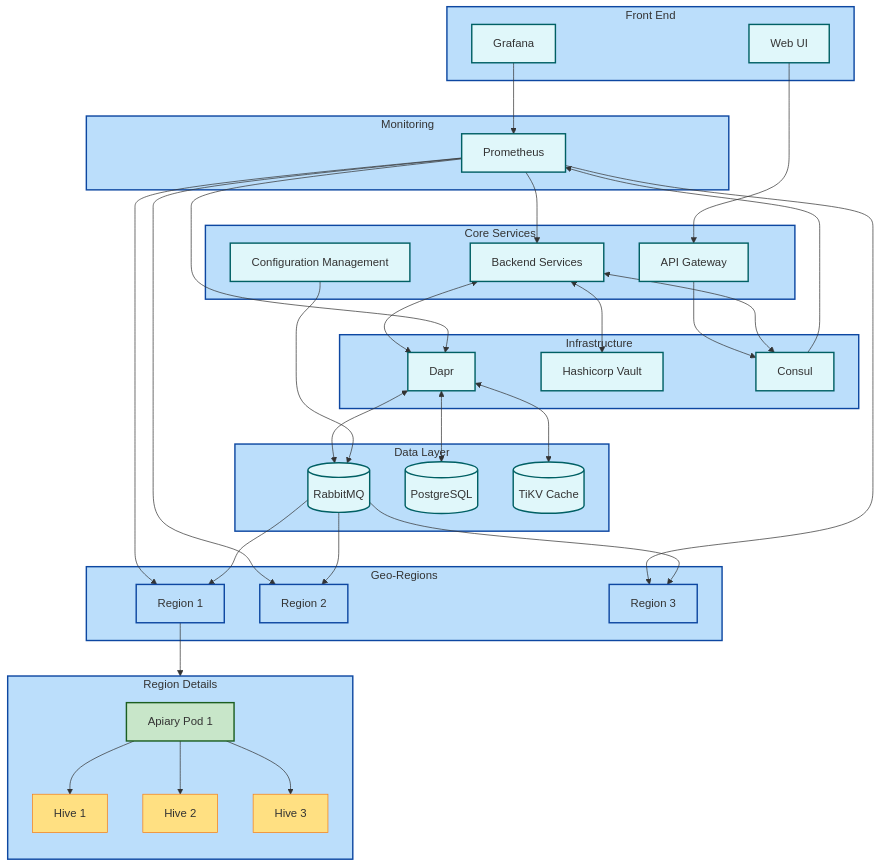
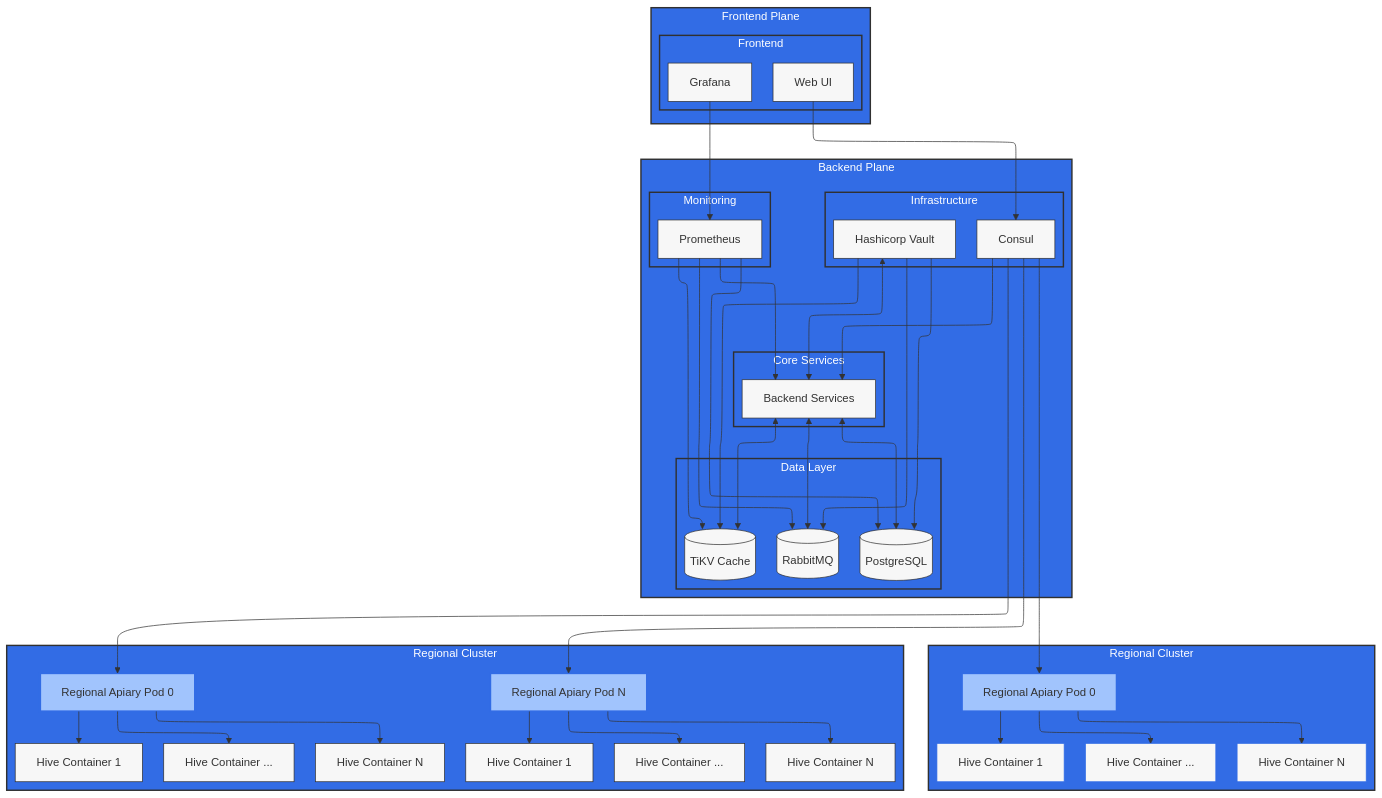
Before and after one commit to OrientalLines/BeesBiz: the diagram in README.md, drawn with Mermaid. The commit also changed other lines of this file and 2 other files, not shown here.

Commit message:
chore: Update info here and there

````diff
--- a/README.md
+++ b/README.md
@@ -45,62 +53,61 @@
 ```mermaid
+---
+config:
+  layout: elk
+---
 graph TB
-    subgraph "Front End"
-        Grafana[Grafana]
-        UI[Web UI]
+    subgraph "Frontend Plane"
+        subgraph "Frontend"
+            Grafana[Grafana]
+            UI[Web UI]
+        end
     end
 
-    subgraph "Core Services"
-        BE[Backend Services]
-        Gateway[API Gateway]
-        ConfigMgmt[Configuration Management]
+    subgraph "Backend Plane"
+        subgraph "Core Services"
+            BE[Backend Services]
+        end
+        subgraph "Data Layer"
+            RMQ[(RabbitMQ)]
+            PG[(PostgreSQL)]
+            TiKV[(TiKV Cache)]
+        end
+        subgraph "Infrastructure"
+            Gateway[Consul]
+            Vault[Hashicorp Vault]
+        end
+        subgraph "Monitoring"
+            Prometheus[Prometheus]
+        end
     end
 
-    subgraph "Data Layer"
-        RMQ[(RabbitMQ)]
-        PG[(PostgreSQL)]
-        TiKV[(TiKV Cache)]
+    subgraph "Regional Cluster"
+        direction TB
+        Gateway --> AP1[Regional Apiary Pod 0]
+        AP1 --> H11[Hive Container ...] & H12[Hive Container N] & H13[Hive Container 1]
     end
 
-    subgraph "Infrastructure"
-        Dapr[Dapr]
-        Vault[Hashicorp Vault]
-        Consul[Consul]
-    end
-
-    subgraph "Monitoring"
-        Prometheus[Prometheus]
-    end
-
-    subgraph "Geo-Regions"
-        GC1[Region 1]
-        GC2[Region 2]
-        GC3[Region 3]
+    subgraph "Regional Cluster"
+        direction TB
+        Gateway --> AP2[Regional Apiary Pod 0]
+        Gateway --> AP3[Regional Apiary Pod N]
+        AP2 --> H21[Hive Container ...] & H22[Hive Container N] & H23[Hive Container 1]
+        AP3 --> H31[Hive Container ...] & H32[Hive Container N] & H33[Hive Container 1]
     end
 
     UI --> Gateway
-    Gateway --> Consul
-    BE <--> Dapr
-    Dapr <--> RMQ & PG & TiKV
-    Prometheus --> GC1 & GC2 & GC3 & BE & Dapr
-    BE <--> Vault & Consul
-    ConfigMgmt --> RMQ
-
-    Consul --> Prometheus
+    BE <--> RMQ & PG & TiKV
+    Vault --> RMQ & PG & TiKV
+    Gateway --> BE
+    Vault <--> BE
+    Prometheus -->  BE & PG & RMQ & TiKV
     Grafana --> Prometheus
 
-    RMQ --> GC1 & GC2 & GC3
-
-    subgraph "Region Details"
-        direction TB
-        GC1 --> AP1[Apiary Pod 1]
-        AP1 --> H11[Hive 1] & H12[Hive 2] & H13[Hive 3]
-    end
-
-    classDef default fill:#e0f7fa,stroke:#006064,stroke-width:2px;
-    classDef cluster fill:#bbdefb,stroke:#0d47a1,stroke-width:2px;
-    classDef apiary fill:#c8e6c9,stroke:#1b5e20,stroke-width:2px;
-    classDef hive fill:#ffe082,stroke:#f57f17,stroke-width:1px;
+    classDef default fill:#F7F7F7,stroke:#303030,stroke-width:1px;
+    classDef cluster fill:#326CE5,stroke:#303030,stroke-width:2px,color:#fff;
+    classDef apiary fill:#A1C4FD,stroke:#326CE5,stroke-width:3px;
+    classDef hive fill:#F7F7F7,stroke:#326CE5,stroke-width:1px;
     class GC1,GC2,GC3 cluster;
-    class AP1 apiary;
+    class AP1,AP2,AP3 apiary;
     class H11,H12,H13 hive;
 ```
````
